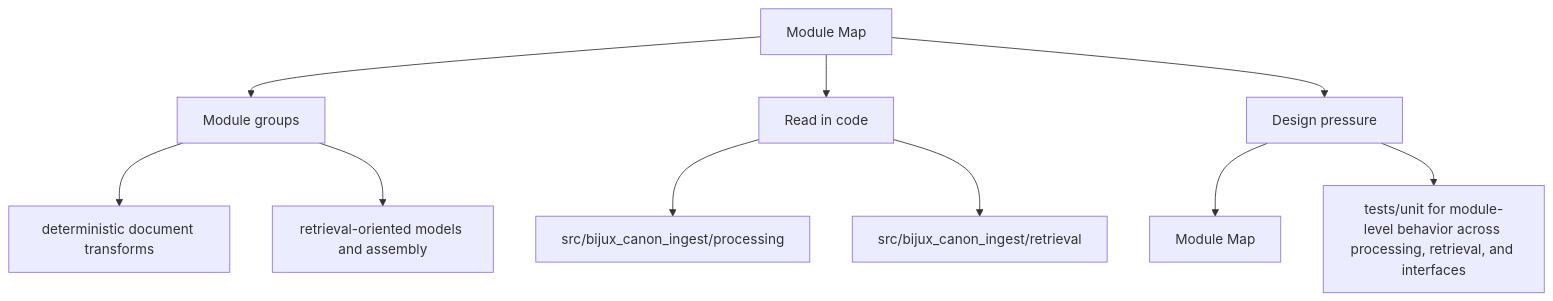
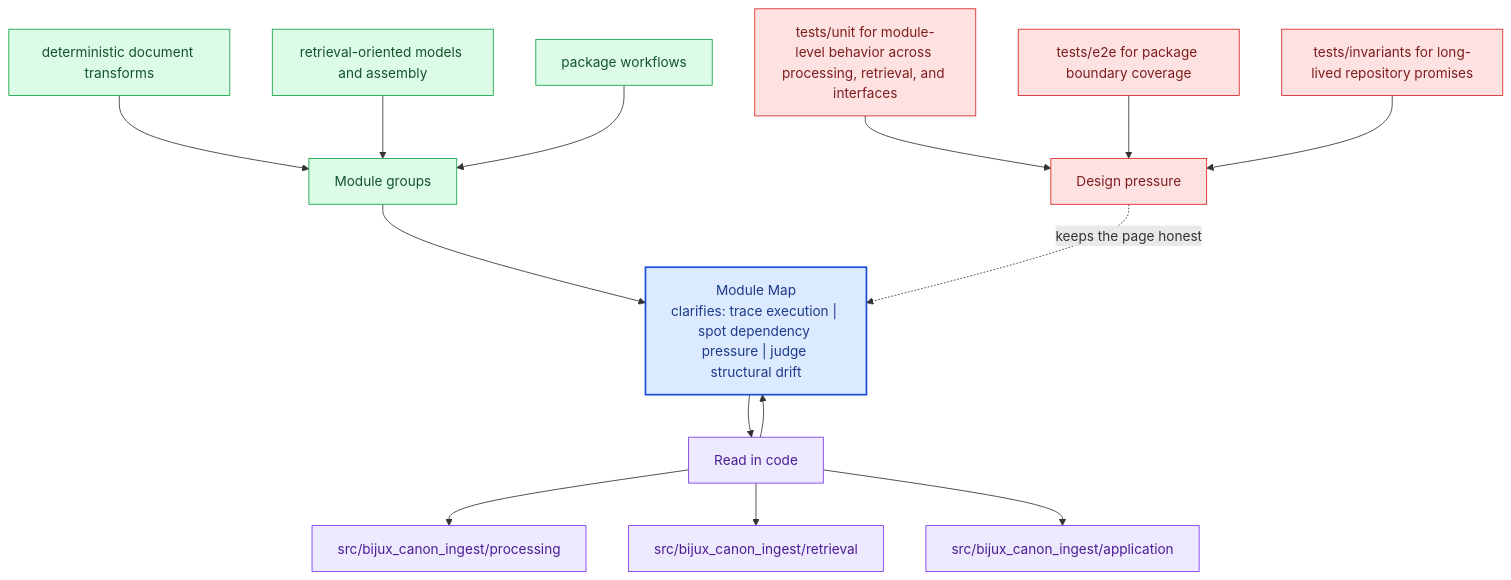
The second of 2 diagrams in docs/bijux-canon-ingest/architecture/module-map.md (bijux/bijux-canon), drawn with Mermaid before and after one commit. The commit also changed other lines of this file and 281 other files, not shown here.

Commit message:
docs(diagrams): deepen handbook mermaid maps across the catalog

````diff
--- a/docs/bijux-canon-ingest/architecture/module-map.md
+++ b/docs/bijux-canon-ingest/architecture/module-map.md
@@ -35,22 +68,40 @@
 ```mermaid
-flowchart TD
-    page["Module Map"]
+flowchart TB
+    promise["Module Map<br/>clarifies: trace execution | spot dependency pressure | judge structural drift"]
+    classDef promise fill:#dbeafe,stroke:#1d4ed8,color:#1e3a8a,stroke-width:2px;
+    classDef driver fill:#dcfce7,stroke:#16a34a,color:#14532d;
+    classDef constraint fill:#fee2e2,stroke:#dc2626,color:#7f1d1d;
+    classDef ground fill:#ede9fe,stroke:#7c3aed,color:#4c1d95;
     focus1["Module groups"]
-    page --> focus1
+    focus1 --> promise
     focus1_1["deterministic document transforms"]
-    focus1 --> focus1_1
+    focus1_1 --> focus1
     focus1_2["retrieval-oriented models and assembly"]
-    focus1 --> focus1_2
+    focus1_2 --> focus1
+    focus1_3["package workflows"]
+    focus1_3 --> focus1
+    class focus1 driver;
+    class focus1_1,focus1_2,focus1_3 driver;
     focus2["Read in code"]
-    page --> focus2
+    focus2 --> promise
+    promise --> focus2
     focus2_1["src/bijux_canon_ingest/processing"]
     focus2 --> focus2_1
     focus2_2["src/bijux_canon_ingest/retrieval"]
     focus2 --> focus2_2
+    focus2_3["src/bijux_canon_ingest/application"]
+    focus2 --> focus2_3
+    class focus2 ground;
+    class focus2_1,focus2_2,focus2_3 ground;
     focus3["Design pressure"]
-    page --> focus3
-    focus3_1["Module Map"]
-    focus3 --> focus3_1
-    focus3_2["tests/unit for module-level behavior across processing, retrieval, and interfaces"]
-    focus3 --> focus3_2
+    focus3 -.keeps the page honest.-> promise
+    focus3_1["tests/unit for module-level behavior across processing, retrieval, and interfaces"]
+    focus3_1 --> focus3
+    focus3_2["tests/e2e for package boundary coverage"]
+    focus3_2 --> focus3
+    focus3_3["tests/invariants for long-lived repository promises"]
+    focus3_3 --> focus3
+    class focus3 constraint;
+    class focus3_1,focus3_2,focus3_3 constraint;
+    class promise promise;
 ```
````
